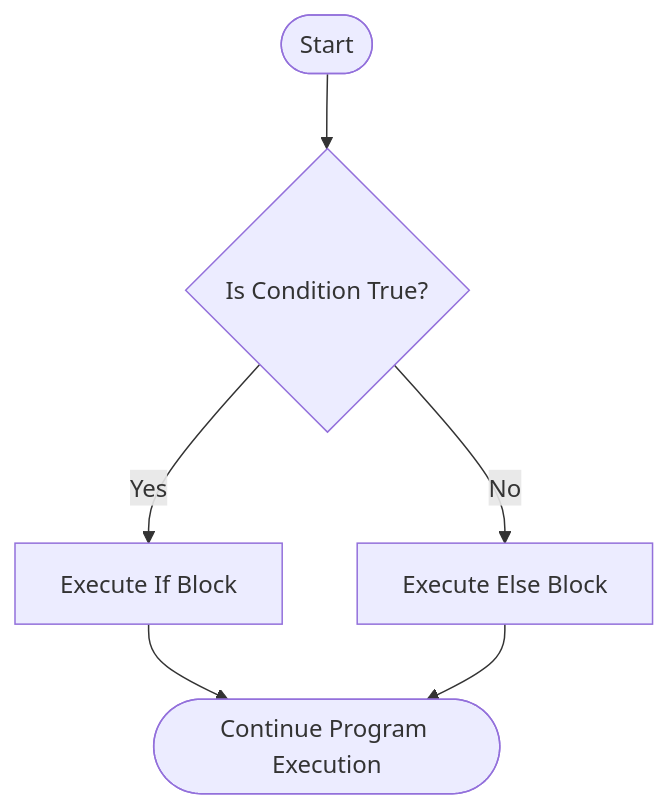
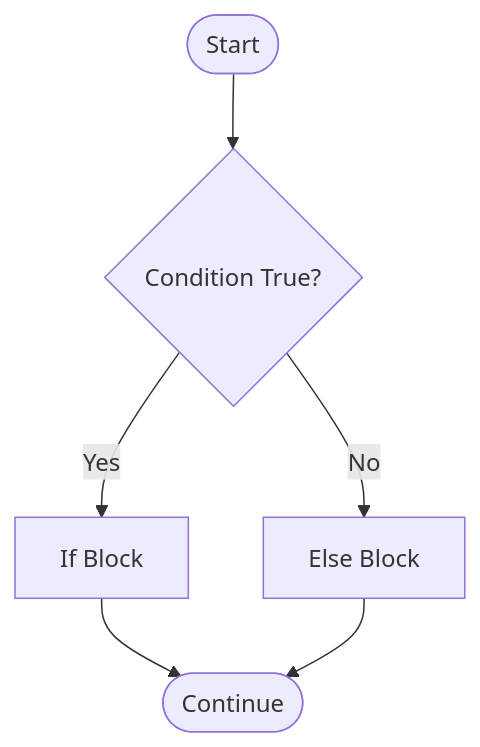
Before and after one commit to m20was/Analytics: the second of 2 diagrams in markdown/m20was/Java 25/05_user_input_and_conditionals.md, drawn with Mermaid. The commit also changed other lines of this file and 4 other files, not shown here.

````diff
--- a/markdown/m20was/Java 25/05_user_input_and_conditionals.md
+++ b/markdown/m20was/Java 25/05_user_input_and_conditionals.md
@@ -36,8 +84,8 @@
 ```mermaid
 flowchart TD
-    Start([Start]) --> Condition{Is Condition True?}
-    Condition -->|Yes| TrueBranch[Execute If Block]
-    Condition -->|No| FalseBranch[Execute Else Block]
-    TrueBranch --> End([Continue Program Execution])
+    Start([Start]) --> Condition{Condition True?}
+    Condition -->|Yes| TrueBranch[If Block]
+    Condition -->|No| FalseBranch[Else Block]
+    TrueBranch --> End([Continue])
     FalseBranch --> End
 ```
````
